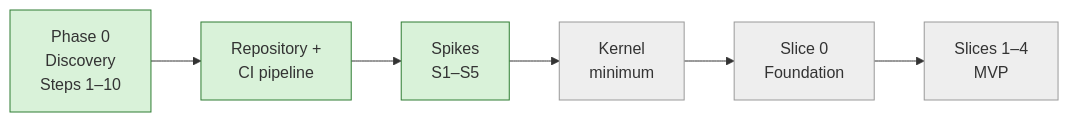
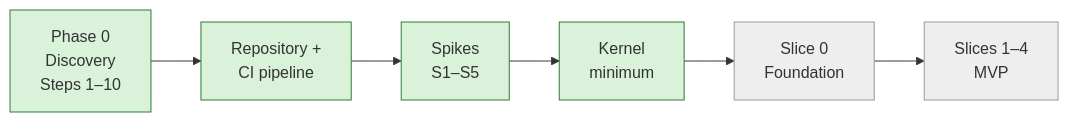
The diagram in docs/00-context/CURRENT-STATE.md (adityayadav30561-rgb/MASTER-ERP), drawn with Mermaid before and after one commit. The commit also changed other lines of this file and 17 other files, not shown here.

First line of the commit message:
docs: kernel minimum documented; trackers, guide, story and current state updated

````diff
--- a/docs/00-context/CURRENT-STATE.md
+++ b/docs/00-context/CURRENT-STATE.md
@@ -11,6 +11,6 @@
 ```mermaid
 flowchart LR
-    P0["Phase 0<br/>Discovery<br/>Steps 1–10"]:::done --> R["Repository +<br/>CI pipeline"]:::done --> SP["Spikes<br/>S1–S5"]:::done --> KM["Kernel<br/>minimum"]:::todo --> S0["Slice 0<br/>Foundation"]:::todo --> S1["Slices 1–4<br/>MVP"]:::todo
+    P0["Phase 0<br/>Discovery<br/>Steps 1–10"]:::done --> R["Repository +<br/>CI pipeline"]:::done --> SP["Spikes<br/>S1–S5"]:::done --> KM["Kernel<br/>minimum"]:::done --> S0["Slice 0<br/>Foundation"]:::todo --> S1["Slices 1–4<br/>MVP"]:::todo
     classDef done fill:#d9f2d9,stroke:#2e7d32
     classDef todo fill:#eeeeee,stroke:#999999
 ```
````
